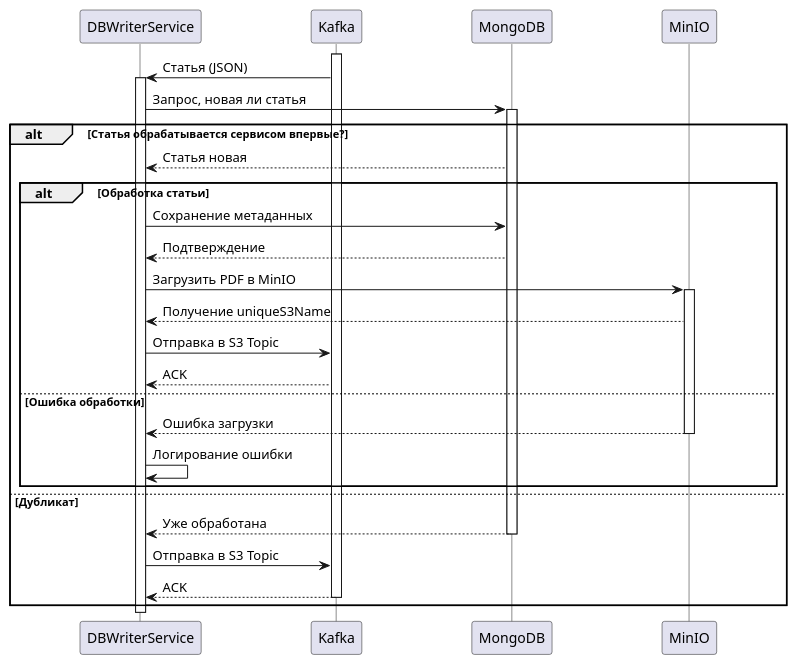
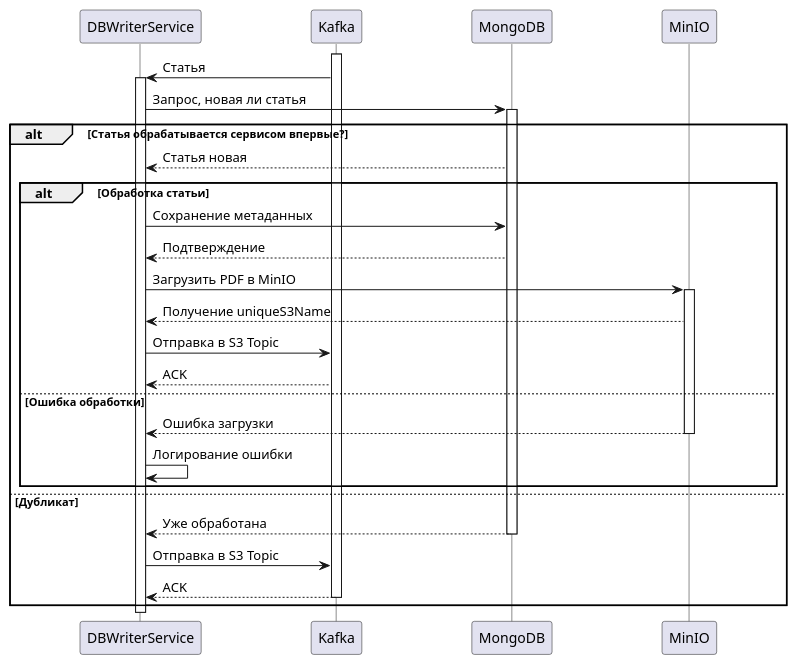
Before and after one commit to AlexanderGalimov/ArticleViewerDBWriterService: the diagram in src/main/resources/Dbwriter.puml, drawn with PlantUML.

Commit message:
NIR v6.3

```diff
--- a/src/main/resources/Dbwriter.puml
+++ b/src/main/resources/Dbwriter.puml
@@ -1,53 +1,53 @@
 @startuml
 skinparam SequenceMessageSpacing 25
 skinparam ParticipantPadding 50
 skinparam LifelineStrategy solid
 
 participant "DBWriterService" as DBWriter
 participant "Kafka" as Kafka
 participant "MongoDB" as MongoDB
 participant "MinIO" as MinIO
 
 activate Kafka
-Kafka -> DBWriter:  Статья (JSON)
+Kafka -> DBWriter:  Статья
 activate DBWriter
 
 DBWriter -> MongoDB:  Запрос, новая ли статья
 activate MongoDB
 
 alt Статья обрабатывается сервисом впервые?
 
     MongoDB --> DBWriter:  Статья новая
 
     alt Обработка статьи
 
         DBWriter -> MongoDB:  Сохранение метаданных
         MongoDB --> DBWriter:  Подтверждение
 
         DBWriter -> MinIO:  Загрузить PDF в MinIO
         activate MinIO
         MinIO --> DBWriter:  Получение uniqueS3Name
 
         DBWriter -> Kafka:  Отправка в S3 Topic
         Kafka --> DBWriter:  ACK
 
     else Ошибка обработки
         MinIO --> DBWriter:  Ошибка загрузки
         deactivate MinIO
         DBWriter -> DBWriter:  Логирование ошибки
 
     end
 
 else Дубликат
 
     MongoDB --> DBWriter:  Уже обработана
     deactivate MongoDB
 
     DBWriter -> Kafka: Отправка в S3 Topic
     Kafka --> DBWriter: ACK
     deactivate Kafka
 
 end
 
 deactivate DBWriter
 @enduml
```
